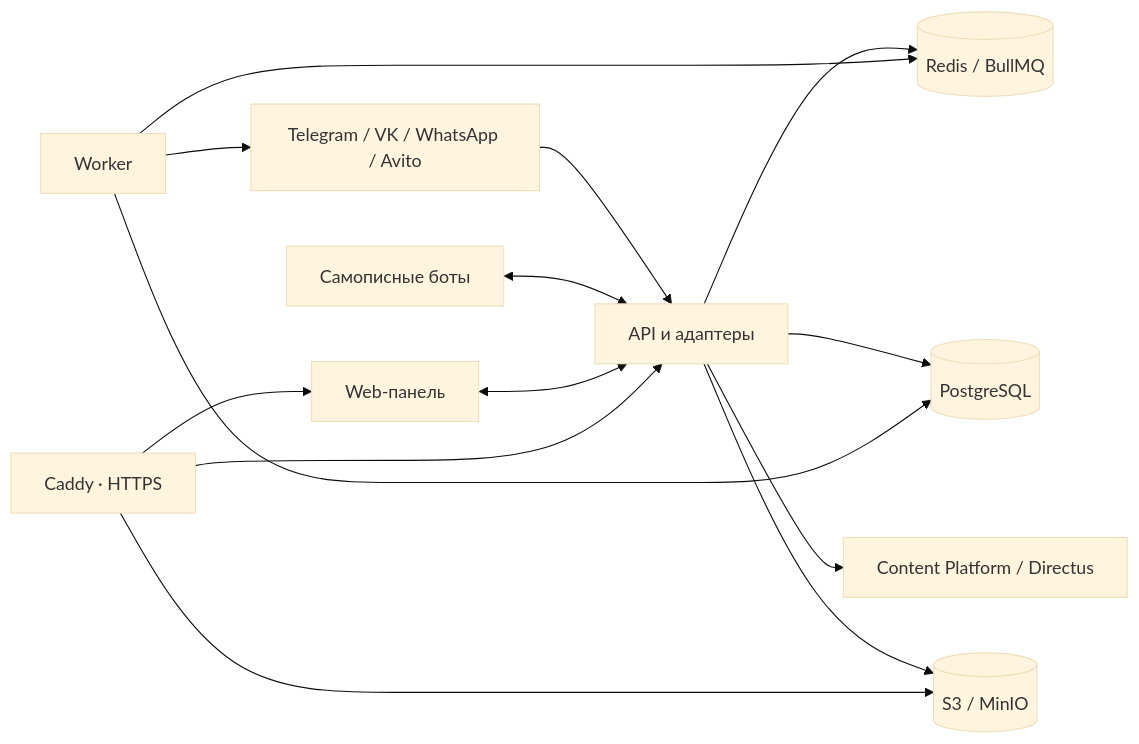
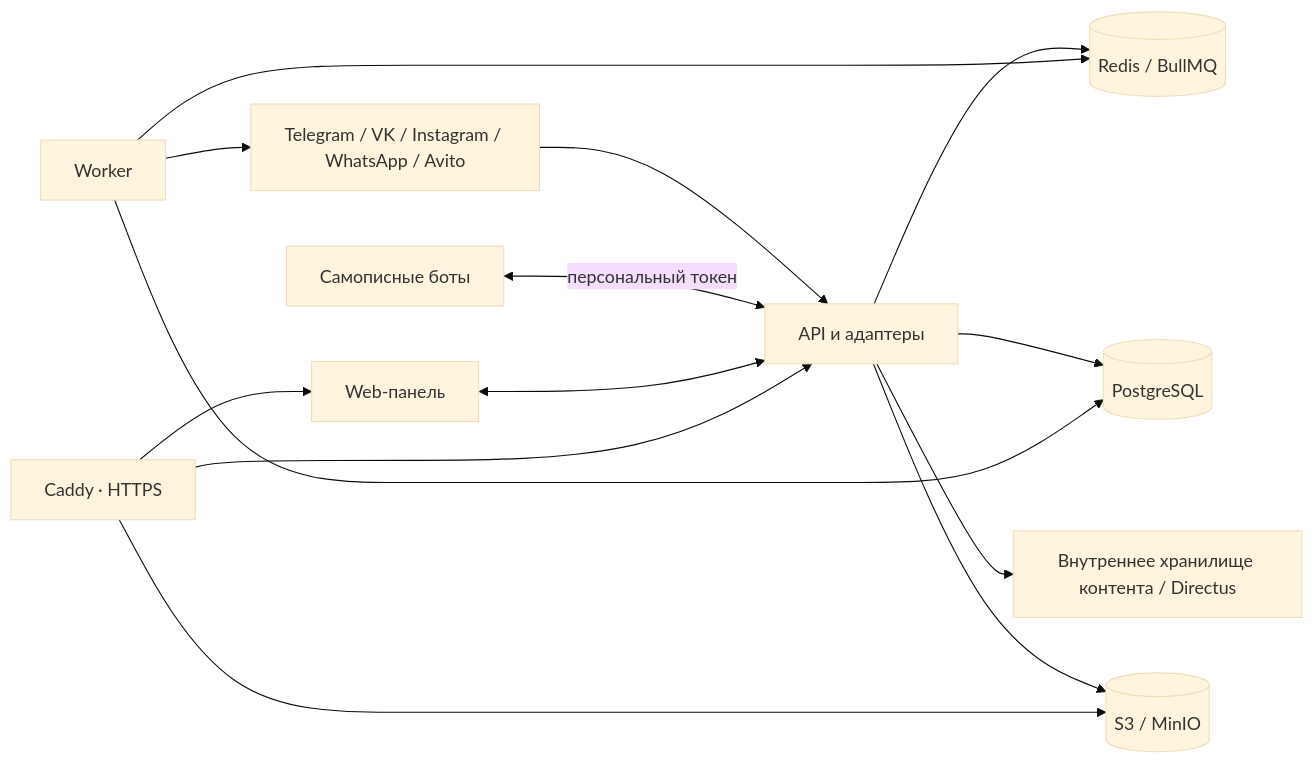
Before and after one commit to Evgenykravchenko/botcrm: the diagram in README.md, drawn with Mermaid (base theme). The commit also changed other lines of this file and 17 other files, not shown here.

````diff
--- a/README.md
+++ b/README.md
@@ -67,16 +67,16 @@
 ```mermaid
 flowchart LR
-    Channels["Telegram / VK / WhatsApp / Avito"] --> API["API и адаптеры"]
-    Bots["Самописные боты"] <--> API
+    Channels["Telegram / VK / Instagram / WhatsApp / Avito"] --> API["API и адаптеры"]
+    Bots["Самописные боты"] <-->|"персональный токен"| API
     Web["Web-панель"] <--> API
-    API --> Content["Content Platform / Directus"]
+    API --> Content["Внутреннее хранилище контента / Directus"]
     API --> DB[("PostgreSQL")]
     API --> Redis[("Redis / BullMQ")]
     Worker["Worker"] --> Redis
     Worker --> DB
     API --> S3[("S3 / MinIO")]
     Worker --> Channels
     Caddy["Caddy · HTTPS"] --> Web
     Caddy --> API
     Caddy --> S3
 ```
````
